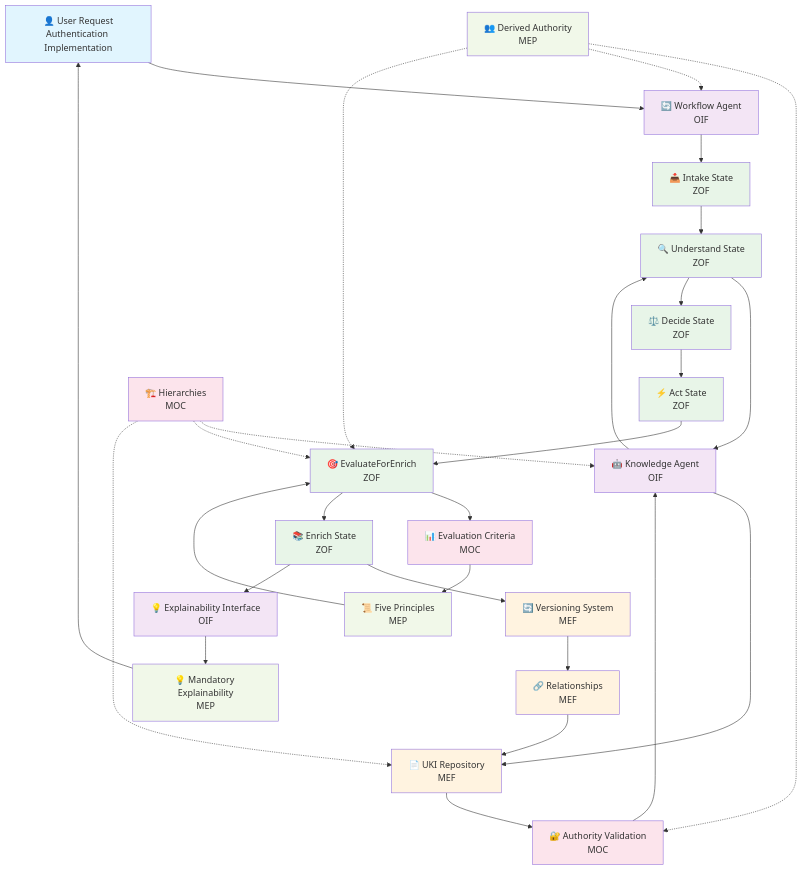
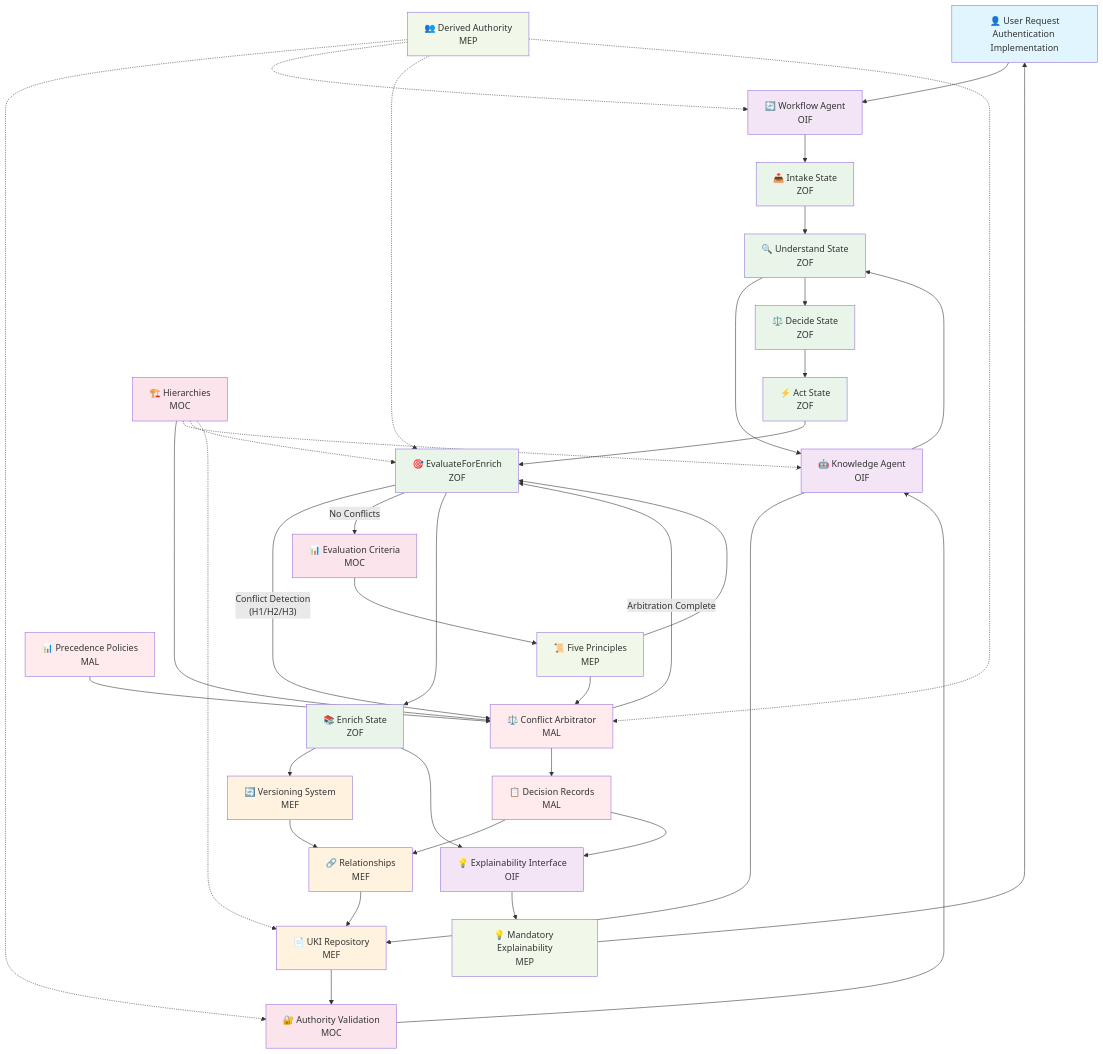
One commit to netomantonio/matrix-protocol changed the diagram in MATRIX_PROTOCOL_INTEGRATION_DIAGRAM.md. Above: the diagram before and after it, drawn with Mermaid. The commit also changed other lines of this file and 9 other files, not shown here.

````diff
--- a/MATRIX_PROTOCOL_INTEGRATION_DIAGRAM.md
+++ b/MATRIX_PROTOCOL_INTEGRATION_DIAGRAM.md
@@ -80,6 +80,11 @@
     MEP_AUTH[👥 Derived Authority<br/>MEP]
     MEP_EXPL[💡 Mandatory Explainability<br/>MEP]
     
+    %% MAL Layer - Arbitration
+    MAL_ARB[⚖️ Conflict Arbitrator<br/>MAL]
+    MAL_DEC[📋 Decision Records<br/>MAL]
+    MAL_POL[📊 Precedence Policies<br/>MAL]
+    
     %% Integration Flow
     User --> OIF_WA
     OIF_WA --> ZOF_INT
@@ -95,9 +100,20 @@
     ZOF_DEC --> ZOF_ACT
     ZOF_ACT --> ZOF_EVL
     
-    ZOF_EVL --> MOC_CRIT
+    %% MAL Arbitration Flow
+    ZOF_EVL -->|"Conflict Detection<br/>(H1/H2/H3)"| MAL_ARB
+    MAL_POL --> MAL_ARB
+    MOC_HIER --> MAL_ARB
+    MEP_PRINC --> MAL_ARB
+    MAL_ARB --> MAL_DEC
+    MAL_DEC --> MEF_REL
+    MAL_DEC --> OIF_EXP
+    
+    %% Normal Flow Continuation
+    ZOF_EVL -->|"No Conflicts"| MOC_CRIT
     MOC_CRIT --> MEP_PRINC
     MEP_PRINC --> ZOF_EVL
+    MAL_ARB -->|"Arbitration Complete"| ZOF_EVL
     
     ZOF_EVL --> ZOF_ENR
     ZOF_ENR --> MEF_VER
@@ -116,6 +132,7 @@
     MEP_AUTH -.-> MOC_AUTH
     MEP_AUTH -.-> OIF_WA
     MEP_AUTH -.-> ZOF_EVL
+    MEP_AUTH -.-> MAL_ARB
     
     %% Styling
     classDef user fill:#e1f5fe
@@ -124,6 +141,7 @@
     classDef mef fill:#fff3e0
     classDef moc fill:#fce4ec
     classDef mep fill:#f1f8e9
+    classDef mal fill:#ffebee
     
     class User user
     class OIF_KA,OIF_WA,OIF_EXP oif
@@ -131,4 +149,5 @@
     class MEF_UKI,MEF_VER,MEF_REL mef
     class MOC_AUTH,MOC_HIER,MOC_CRIT moc
     class MEP_PRINC,MEP_AUTH,MEP_EXPL mep
+    class MAL_ARB,MAL_DEC,MAL_POL mal
 ```
````
